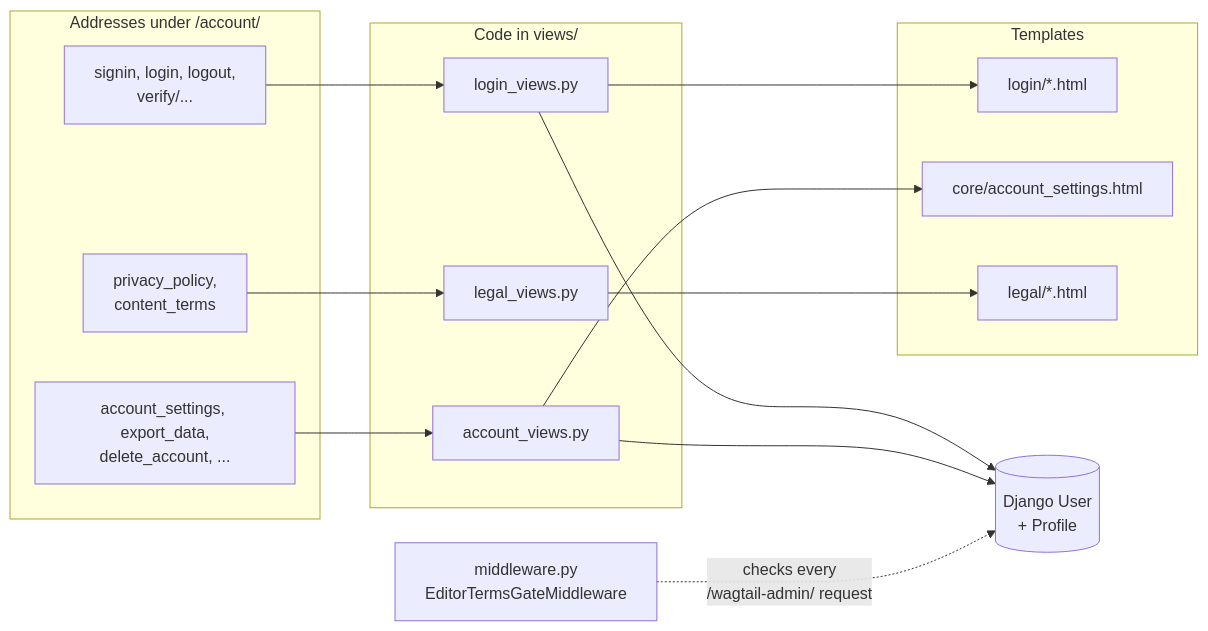
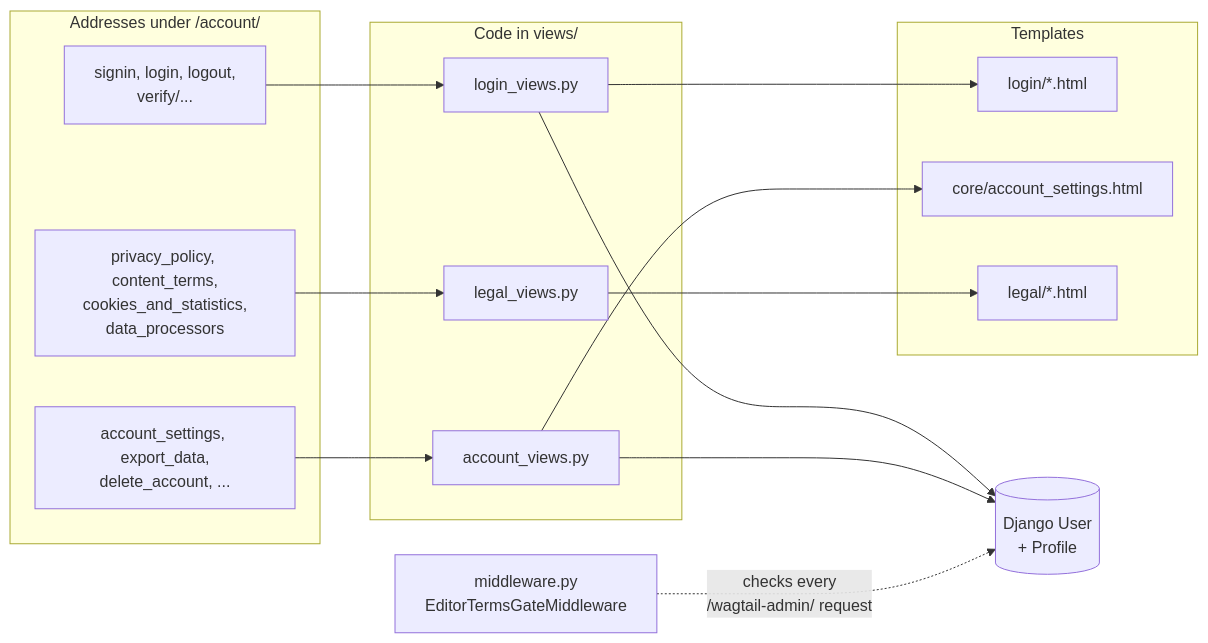
The third of 6 diagrams in docs/architecture/overview.md (Creators-Guild/IfiPlatform), drawn with Mermaid before and after one commit. The commit also changed other lines of this file and 10 other files, not shown here.

Commit message:
reduce privacy policy main text length to contain the most important points and add links to more details

````diff
--- a/docs/architecture/overview.md
+++ b/docs/architecture/overview.md
@@ -164,24 +164,24 @@
 ```mermaid
 flowchart LR
     subgraph addr["Addresses under /account/"]
         a1["signin, login, logout,<br/>verify/..."]
         a2["account_settings, export_data,<br/>delete_account, ..."]
-        a3["privacy_policy,<br/>content_terms"]
+        a3["privacy_policy, content_terms,<br/>cookies_and_statistics,<br/>data_processors"]
     end
     subgraph code["Code in views/"]
         v1["login_views.py"]
         v2["account_views.py"]
         v3["legal_views.py"]
     end
     subgraph tpl["Templates"]
         t1["login/*.html"]
         t2["core/account_settings.html"]
         t3["legal/*.html"]
     end
     a1 --> v1 --> t1
     a2 --> v2 --> t2
     a3 --> v3 --> t3
     v1 --> m[("Django User<br/>+ Profile")]
     v2 --> m
     mw["middleware.py<br/>EditorTermsGateMiddleware"] -. "checks every<br/>/wagtail-admin/ request" .-> m
 ```
````
